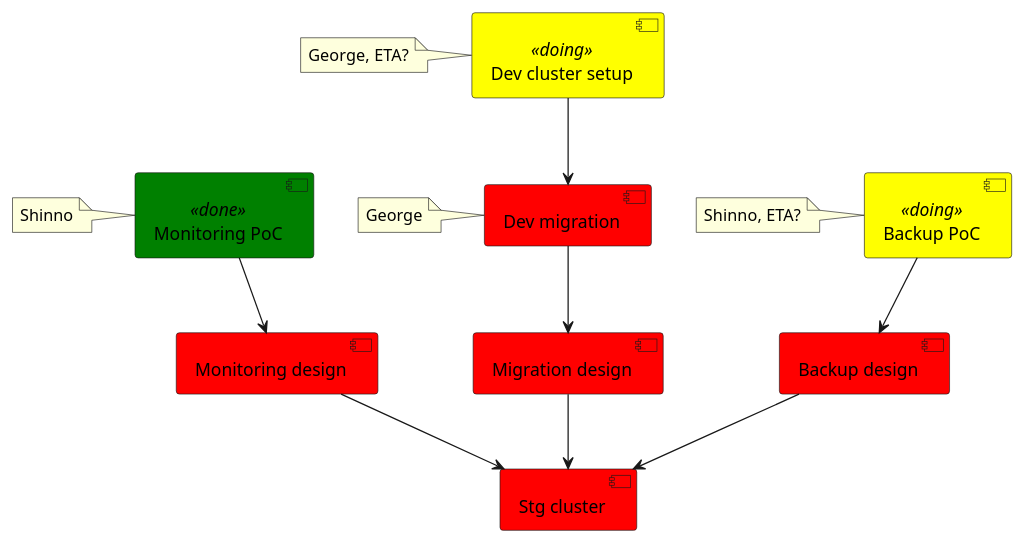
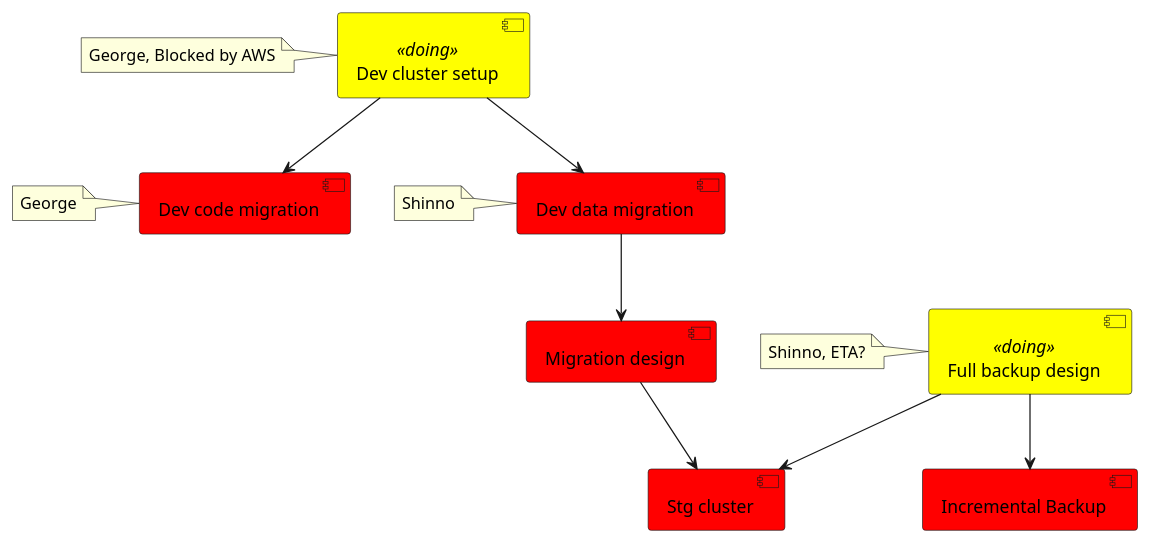
The second of 2 diagrams in pm/plan.plantuml (george24601/notes), drawn with PlantUML before and after one commit. The commit also changed other lines of this file and 5 other files, not shown here.

```diff
--- a/pm/plan.plantuml
+++ b/pm/plan.plantuml
@@ -21,23 +32,21 @@
 @startuml
 skinparam component {
 	backgroundColor<<done>> Green
 	backgroundColor<<doing>> Yellow
 	backgroundColor Red
 }
-[Monitoring PoC]<<done>> 
+[Dev cluster setup]<<doing>>
+note left: George, Blocked by AWS
+[Dev code migration]
+note left: George
+[Full backup design] <<doing>>
+note left: Shinno, ETA?
+[Dev data migration] 
 note left: Shinno
-[Dev cluster setup]<<doing>>
-note left: George, ETA?
-[Dev migration]
-note left: George
-[Backup PoC] <<doing>>
-note left: Shinno, ETA?
-
-[Monitoring PoC] --> [Monitoring design] 
-[Dev cluster setup] --> [Dev migration]
-[Dev migration] --> [Migration design]
-[Backup PoC] --> [Backup design] 
-[Backup design] --> [Stg cluster]
-[Monitoring design] --> [Stg cluster]
+[Full backup design] --> [Incremental Backup]
+[Dev cluster setup] --> [Dev data migration]
+[Dev cluster setup] --> [Dev code migration]
+[Dev data migration] --> [Migration design]
+[Full backup design] --> [Stg cluster]
 [Migration design] --> [Stg cluster]
 @enduml
```
